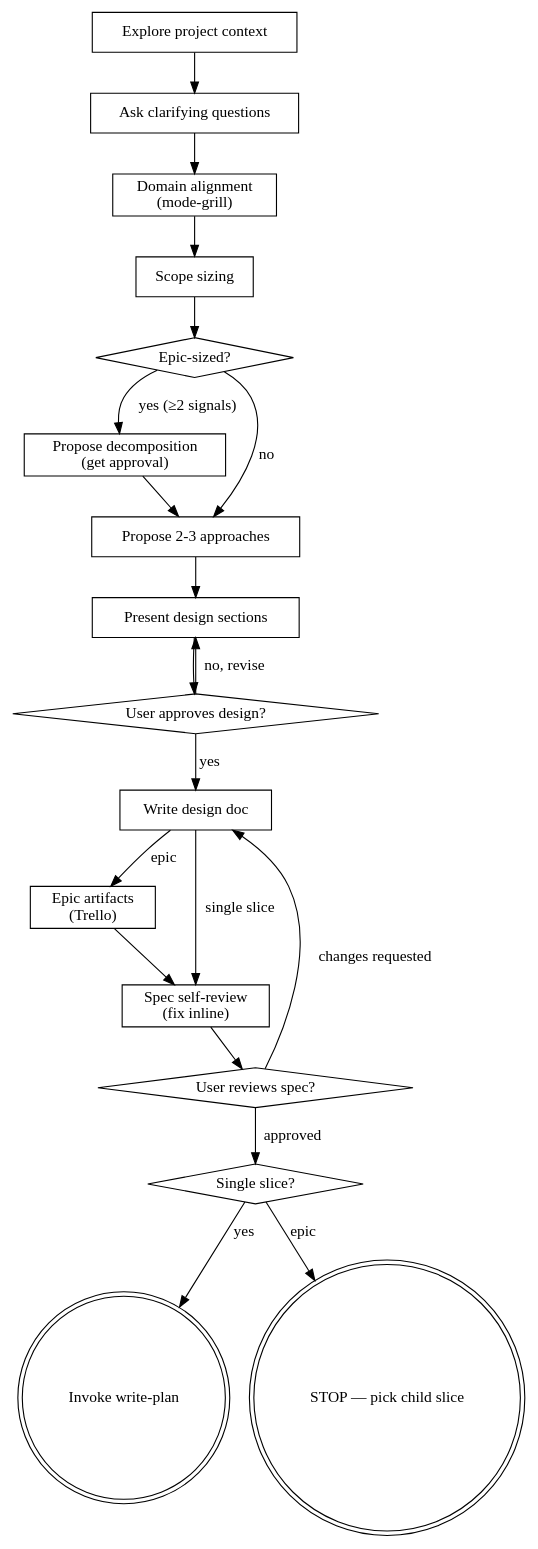
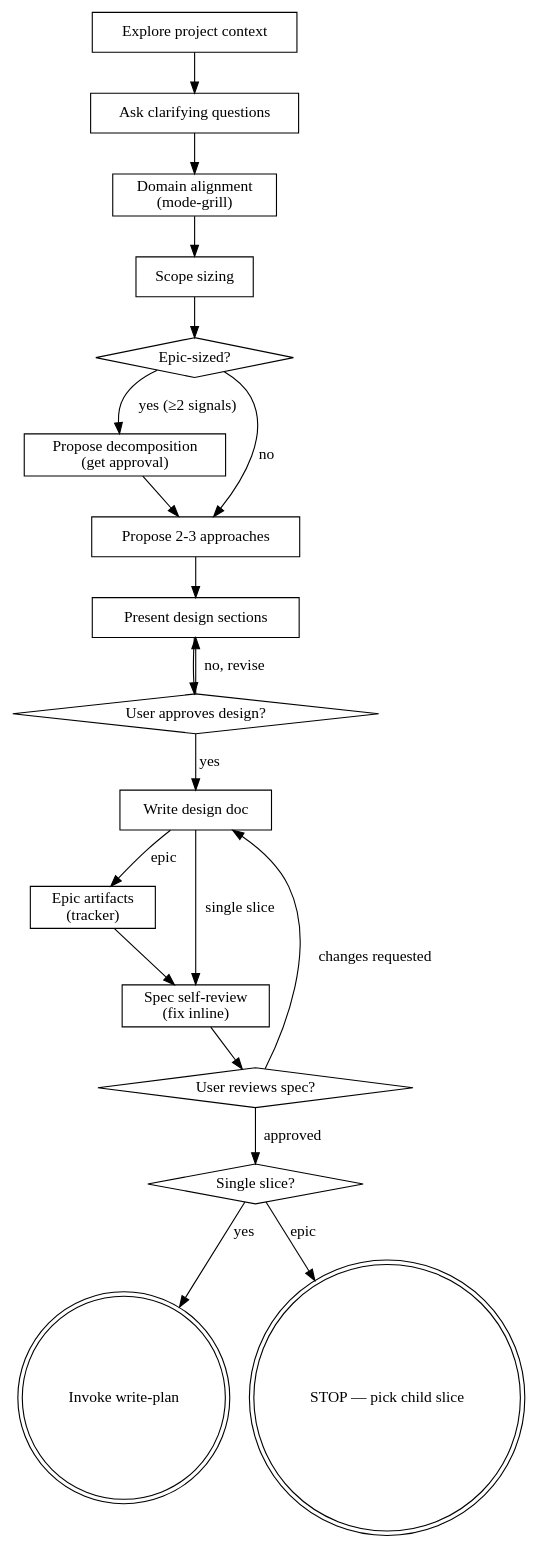
One commit to arcadesunlabs/skills changed the diagram in skills/mode-brainstorm/SKILL.md. Above: the diagram before and after it, drawn with Graphviz. The commit also changed other lines of this file and 19 other files, not shown here.

````diff
--- a/skills/mode-brainstorm/SKILL.md
+++ b/skills/mode-brainstorm/SKILL.md
@@ -38,40 +40,40 @@
 ```dot
 digraph brainstorming {
     "Explore project context" [shape=box];
     "Ask clarifying questions" [shape=box];
     "Domain alignment\n(mode-grill)" [shape=box];
     "Scope sizing" [shape=box];
     "Epic-sized?" [shape=diamond];
     "Propose decomposition\n(get approval)" [shape=box];
     "Propose 2-3 approaches" [shape=box];
     "Present design sections" [shape=box];
     "User approves design?" [shape=diamond];
     "Write design doc" [shape=box];
-    "Epic artifacts\n(Trello)" [shape=box];
+    "Epic artifacts\n(tracker)" [shape=box];
     "Spec self-review\n(fix inline)" [shape=box];
     "User reviews spec?" [shape=diamond];
     "Single slice?" [shape=diamond];
     "Invoke write-plan" [shape=doublecircle];
     "STOP — pick child slice" [shape=doublecircle];
 
     "Explore project context" -> "Ask clarifying questions";
     "Ask clarifying questions" -> "Domain alignment\n(mode-grill)";
     "Domain alignment\n(mode-grill)" -> "Scope sizing";
     "Scope sizing" -> "Epic-sized?";
     "Epic-sized?" -> "Propose decomposition\n(get approval)" [label="yes (≥2 signals)"];
     "Epic-sized?" -> "Propose 2-3 approaches" [label="no"];
     "Propose decomposition\n(get approval)" -> "Propose 2-3 approaches";
     "Propose 2-3 approaches" -> "Present design sections";
     "Present design sections" -> "User approves design?";
     "User approves design?" -> "Present design sections" [label="no, revise"];
     "User approves design?" -> "Write design doc" [label="yes"];
-    "Write design doc" -> "Epic artifacts\n(Trello)" [label="epic"];
+    "Write design doc" -> "Epic artifacts\n(tracker)" [label="epic"];
     "Write design doc" -> "Spec self-review\n(fix inline)" [label="single slice"];
-    "Epic artifacts\n(Trello)" -> "Spec self-review\n(fix inline)";
+    "Epic artifacts\n(tracker)" -> "Spec self-review\n(fix inline)";
     "Spec self-review\n(fix inline)" -> "User reviews spec?";
     "User reviews spec?" -> "Write design doc" [label="changes requested"];
     "User reviews spec?" -> "Single slice?" [label="approved"];
     "Single slice?" -> "Invoke write-plan" [label="yes"];
     "Single slice?" -> "STOP — pick child slice" [label="epic"];
 }
 ```
````
